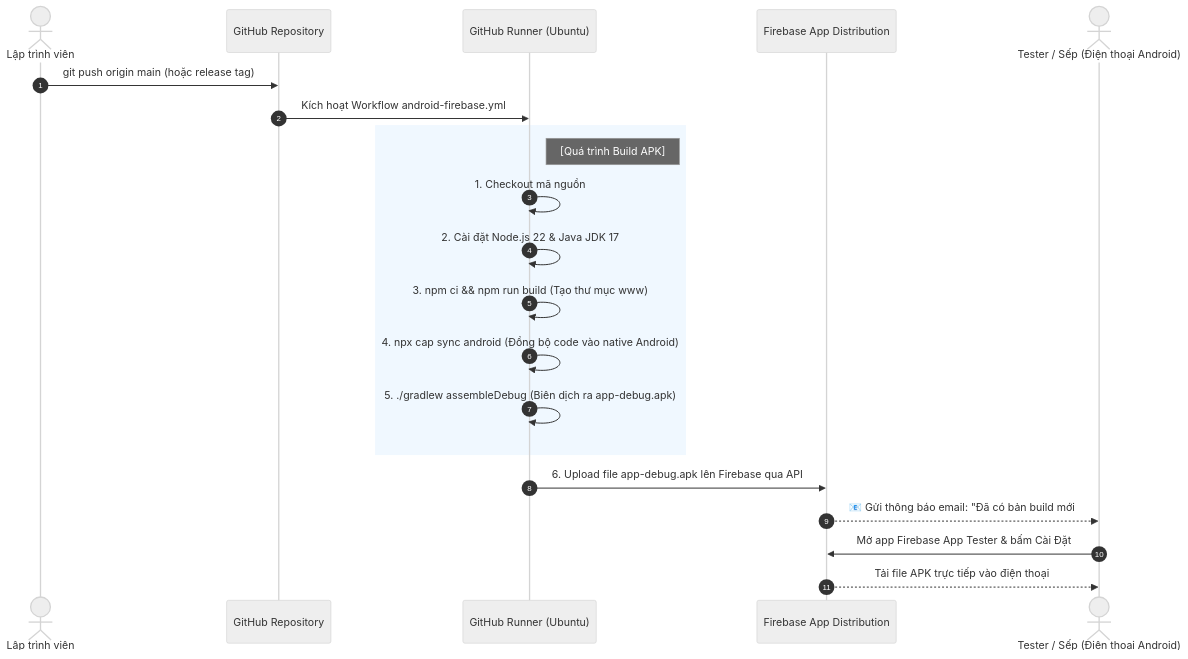
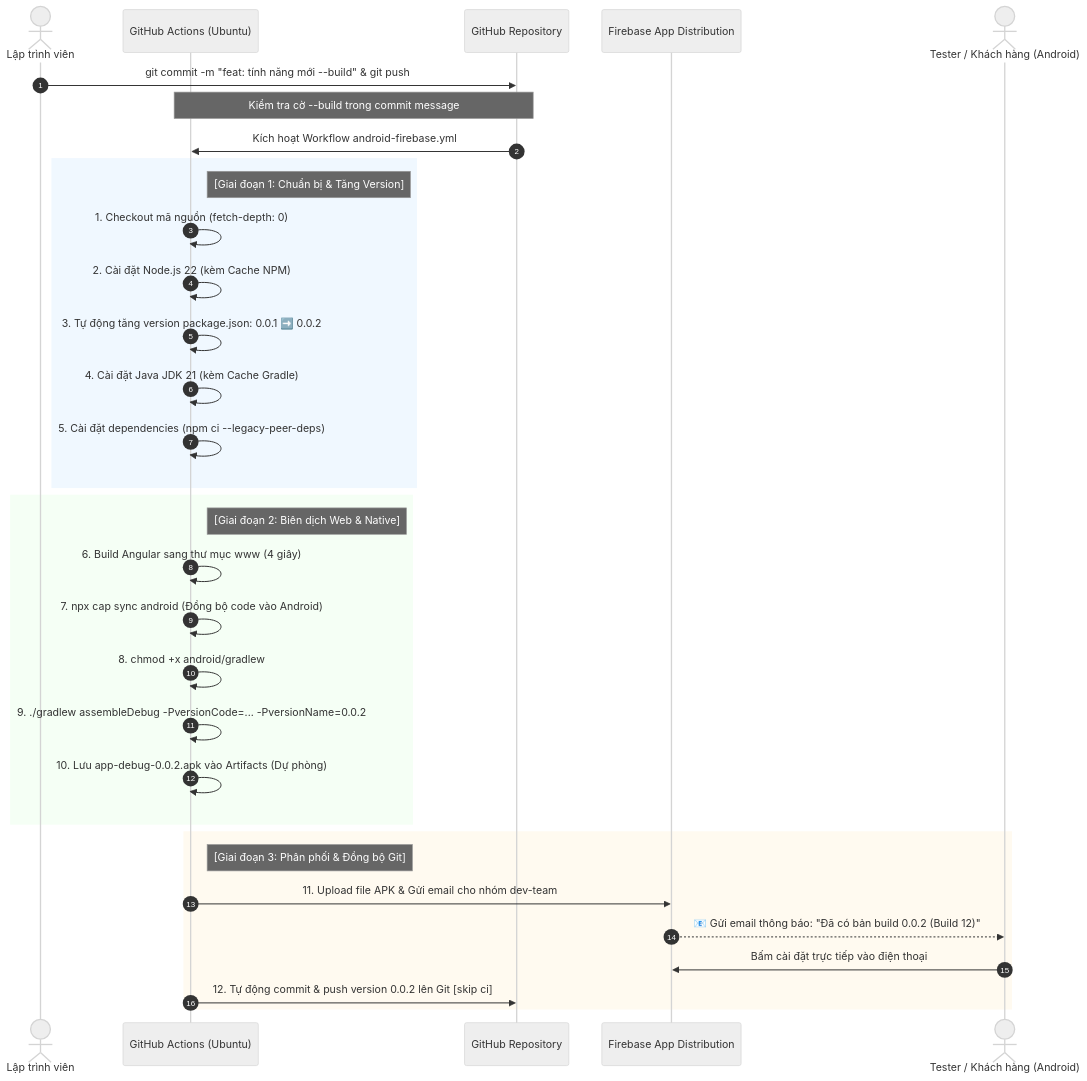
One commit to congphu97/dev-blog-client-2.0 changed the first of 2 diagrams in dev-blog-client/docs/CI_CD_FIREBASE_APK.md. Above: the diagram before and after it, drawn with Mermaid (neutral theme). The commit also changed other lines of this file and 1 other file, not shown here.

Commit message:
docs: enrich Web and Firebase CI/CD documentation with full diagrams and guides

````diff
--- a/dev-blog-client/docs/CI_CD_FIREBASE_APK.md
+++ b/dev-blog-client/docs/CI_CD_FIREBASE_APK.md
@@ -33,26 +36,39 @@
 ```mermaid
 sequenceDiagram
     autonumber
     actor Dev as Lập trình viên
-    participant GH as GitHub Repository
-    participant Runner as GitHub Runner (Ubuntu)
+    participant GH as GitHub Actions (Ubuntu)
+    participant Repo as GitHub Repository
     participant FB as Firebase App Distribution
-    actor Tester as Tester / Sếp (Điện thoại Android)
+    actor Tester as Tester / Khách hàng (Android)
 
-    Dev->>GH: git push origin main (hoặc release tag)
-    GH->>Runner: Kích hoạt Workflow android-firebase.yml
-    
+    Dev->>Repo: git commit -m "feat: tính năng mới --build" & git push
+    Note over Repo,GH: Kiểm tra cờ --build trong commit message
+    Repo->>GH: Kích hoạt Workflow android-firebase.yml
+
     rect rgb(240, 248, 255)
-        note right of Runner: [Quá trình Build APK]
-        Runner->>Runner: 1. Checkout mã nguồn
-        Runner->>Runner: 2. Cài đặt Node.js 22 & Java JDK 17
-        Runner->>Runner: 3. npm ci && npm run build (Tạo thư mục www)
-        Runner->>Runner: 4. npx cap sync android (Đồng bộ code vào native Android)
-        Runner->>Runner: 5. ./gradlew assembleDebug (Biên dịch ra app-debug.apk)
+        note right of GH: [Giai đoạn 1: Chuẩn bị & Tăng Version]
+        GH->>GH: 1. Checkout mã nguồn (fetch-depth: 0)
+        GH->>GH: 2. Cài đặt Node.js 22 (kèm Cache NPM)
+        GH->>GH: 3. Tự động tăng version package.json: 0.0.1 ➡️ 0.0.2
+        GH->>GH: 4. Cài đặt Java JDK 21 (kèm Cache Gradle)
+        GH->>GH: 5. Cài đặt dependencies (npm ci --legacy-peer-deps)
     end
 
-    Runner->>FB: 6. Upload file app-debug.apk lên Firebase qua API
-    FB-->>Tester: 📧 Gửi thông báo email: "Đã có bản build mới #123"
-    Tester->>FB: Mở app Firebase App Tester & bấm Cài Đặt
-    FB-->>Tester: Tải file APK trực tiếp vào điện thoại
+    rect rgb(245, 255, 245)
+        note right of GH: [Giai đoạn 2: Biên dịch Web & Native]
+        GH->>GH: 6. Build Angular sang thư mục www (4 giây)
+        GH->>GH: 7. npx cap sync android (Đồng bộ code vào Android)
+        GH->>GH: 8. chmod +x android/gradlew
+        GH->>GH: 9. ./gradlew assembleDebug -PversionCode=... -PversionName=0.0.2
+        GH->>GH: 10. Lưu app-debug-0.0.2.apk vào Artifacts (Dự phòng)
+    end
+
+    rect rgb(255, 250, 240)
+        note right of GH: [Giai đoạn 3: Phân phối & Đồng bộ Git]
+        GH->>FB: 11. Upload file APK & Gửi email cho nhóm dev-team
+        FB-->>Tester: 📧 Gửi email thông báo: "Đã có bản build 0.0.2 (Build 12)"
+        Tester->>FB: Bấm cài đặt trực tiếp vào điện thoại
+        GH->>Repo: 12. Tự động commit & push version 0.0.2 lên Git [skip ci]
+    end
 ```
````
